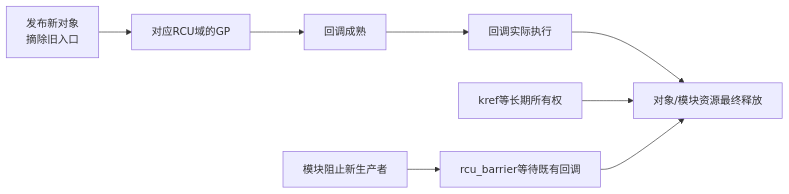
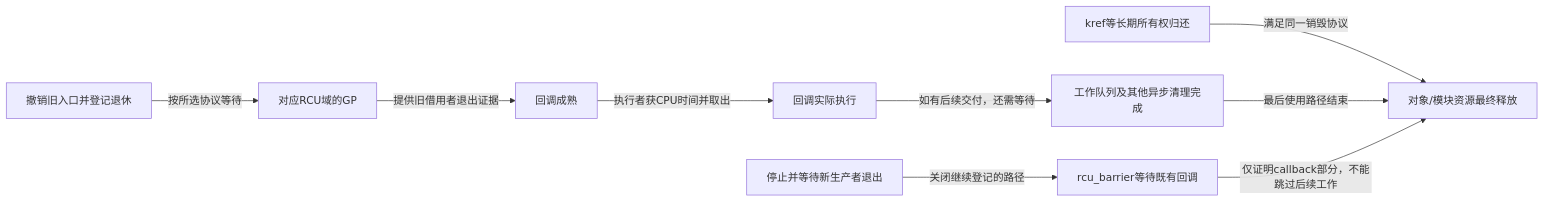
Before and after one commit to FormingSystem/linux_note: the first of 2 diagrams in knowledge/linux/synchronization_and_asynchrony/synchronization/rcu/P24_RCU_调试验证与集成误用.md, drawn with Mermaid. The commit also changed other lines of this file and 1 other file, not shown here.

First line of the commit message:
content(knowledge/rcu): 修复工作交付责任并校正诊断证据

````diff
--- a/knowledge/linux/synchronization_and_asynchrony/synchronization/rcu/P24_RCU_调试验证与集成误用.md
+++ b/knowledge/linux/synchronization_and_asynchrony/synchronization/rcu/P24_RCU_调试验证与集成误用.md
@@ -27,10 +29,11 @@
 ```mermaid
 flowchart LR
-    P["发布新对象<br/>摘除旧入口"] --> G["对应RCU域的GP"]
-    G --> M["回调成熟"]
-    M --> I["回调实际执行"]
-    I --> F["对象/模块资源最终释放"]
-    K["kref等长期所有权"] --> F
-    U["模块阻止新生产者"] --> B["rcu_barrier等待既有回调"]
-    B --> F
+    P["撤销旧入口并登记退休"] -->|"按所选协议等待"| G["对应RCU域的GP"]
+    G -->|"提供旧借用者退出证据"| M["回调成熟"]
+    M -->|"执行者获CPU时间并取出"| I["回调实际执行"]
+    I -->|"如有后续交付，还需等待"| W["工作队列及其他异步清理完成"]
+    K["kref等长期所有权归还"] -->|"满足同一销毁协议"| F["对象/模块资源最终释放"]
+    W -->|"最后使用路径结束"| F
+    U["停止并等待新生产者退出"] -->|"关闭继续登记的路径"| B["rcu_barrier等待既有回调"]
+    B -->|"仅证明callback部分，不能跳过后续工作"| F
 ```
````
